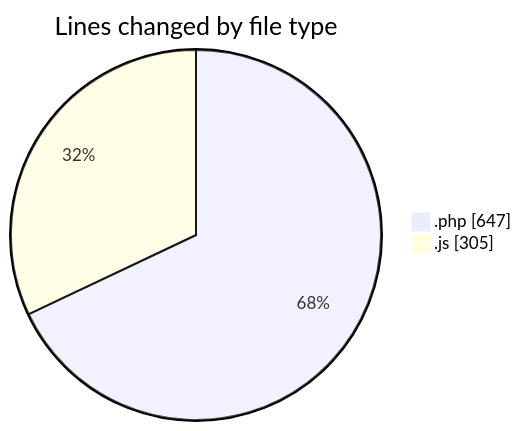
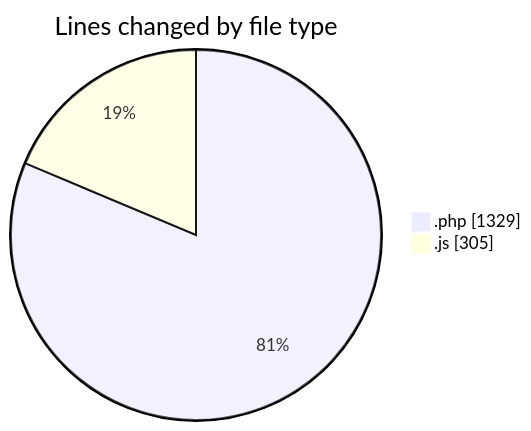
Before and after one commit to debugP/code-tracking: the first of 2 diagrams in 2026-07-28/untitled__workspace_/README.md, drawn with Mermaid. The commit also changed other lines of this file and 1 other file, not shown here.

````diff
--- a/2026-07-28/untitled__workspace_/README.md
+++ b/2026-07-28/untitled__workspace_/README.md
@@ -21,6 +22,6 @@
 ```mermaid
 pie showData
 title Lines changed by file type
-".php" : 647
+".php" : 1329
 ".js" : 305
 ```
````
